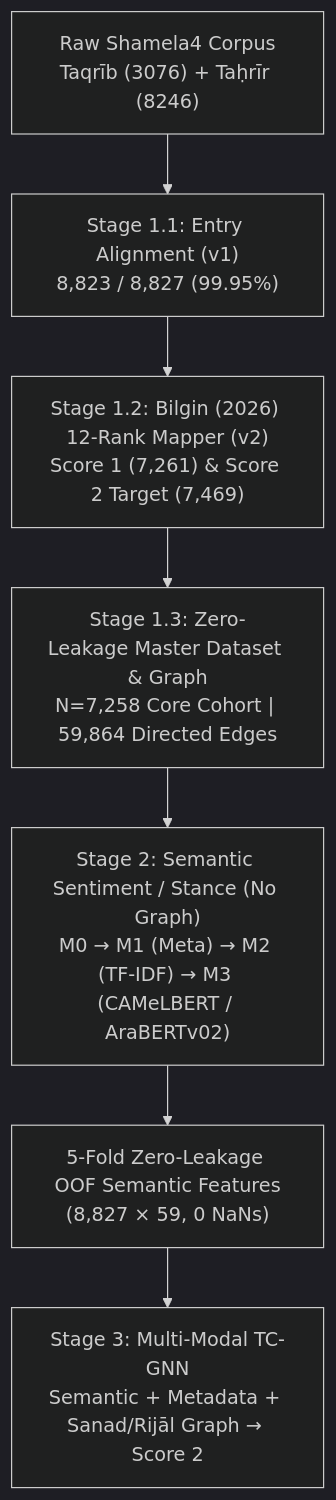
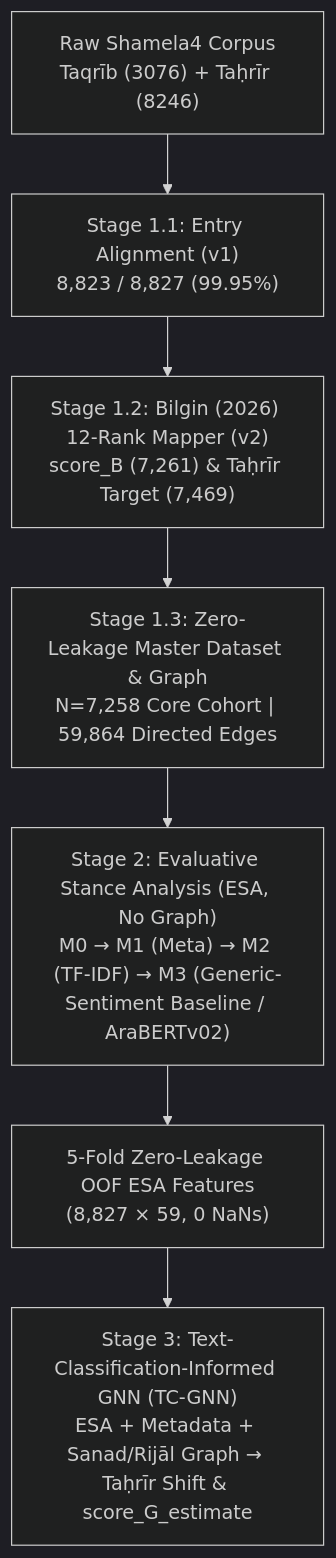
The diagram in notes/STAGE1_AND_STAGE2_METHODOLOGY.md (alansyahmi/automated-rijal-framework-tc-gnn), drawn with Mermaid (dark theme) before and after one commit. The commit also changed other lines of this file and 10 other files, not shown here.

Commit message:
P1: Realign governance, protocol, and notes with ESA and TC-GNN naming

````diff
--- a/notes/STAGE1_AND_STAGE2_METHODOLOGY.md
+++ b/notes/STAGE1_AND_STAGE2_METHODOLOGY.md
@@ -14,9 +15,9 @@
 ```mermaid
 flowchart TD
     RAW["Raw Shamela4 Corpus<br>Taqrīb (3076) + Taḥrīr (8246)"] --> ALIGN["Stage 1.1: Entry Alignment (v1)<br>8,823 / 8,827 (99.95%)"]
-    ALIGN --> TAX["Stage 1.2: Bilgin (2026) 12-Rank Mapper (v2)<br>Score 1 (7,261) & Score 2 Target (7,469)"]
+    ALIGN --> TAX["Stage 1.2: Bilgin (2026) 12-Rank Mapper (v2)<br>score_B (7,261) & Taḥrīr Target (7,469)"]
     TAX --> MASTER["Stage 1.3: Zero-Leakage Master Dataset & Graph<br>N=7,258 Core Cohort | 59,864 Directed Edges"]
-    MASTER --> S2["Stage 2: Semantic Sentiment / Stance (No Graph)<br>M0 → M1 (Meta) → M2 (TF-IDF) → M3 (CAMeLBERT / AraBERTv02)"]
-    S2 --> OOF["5-Fold Zero-Leakage OOF Semantic Features<br>(8,827 × 59, 0 NaNs)"]
-    OOF --> S3["Stage 3: Multi-Modal TC-GNN<br>Semantic + Metadata + Sanad/Rijāl Graph → Score 2"]
+    MASTER --> S2["Stage 2: Evaluative Stance Analysis (ESA, No Graph)<br>M0 → M1 (Meta) → M2 (TF-IDF) → M3 (Generic-Sentiment Baseline / AraBERTv02)"]
+    S2 --> OOF["5-Fold Zero-Leakage OOF ESA Features<br>(8,827 × 59, 0 NaNs)"]
+    OOF --> S3["Stage 3: Text-Classification-Informed GNN (TC-GNN)<br>ESA + Metadata + Sanad/Rijāl Graph → Taḥrīr Shift & score_G_estimate"]
 ```
````
